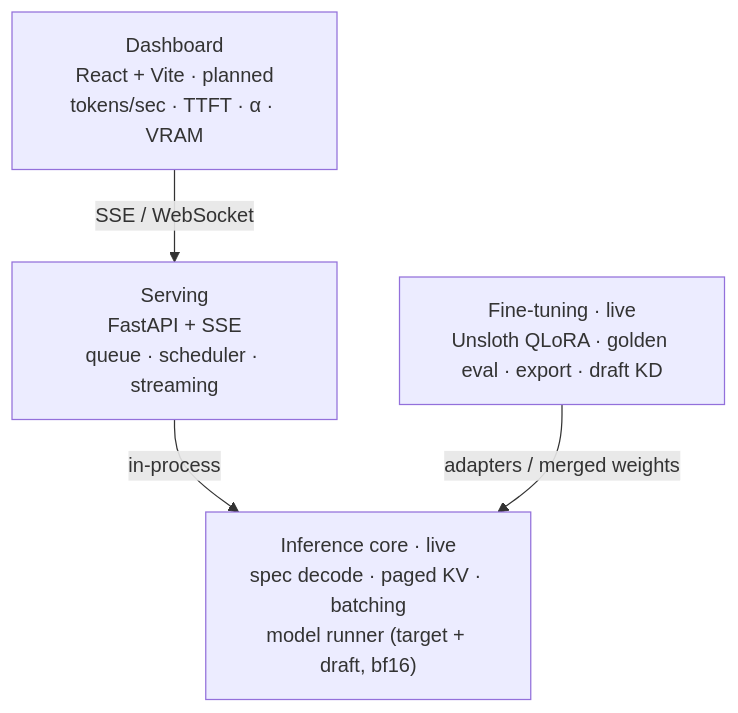
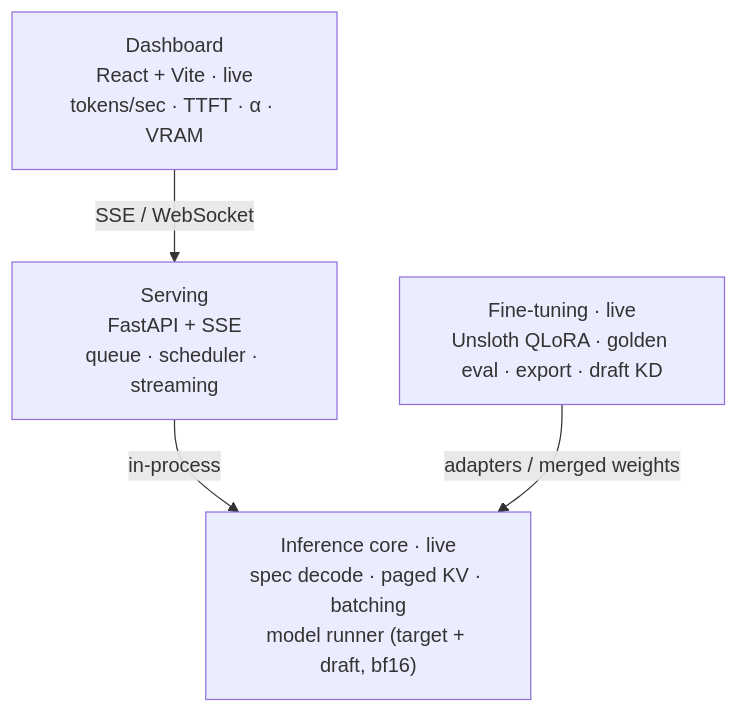
One commit to likhith-v1/inferd changed the diagram in README.md. Above: the diagram before and after it, drawn with Mermaid. The commit also changed other lines of this file and 10 other files, not shown here.

````diff
--- a/README.md
+++ b/README.md
@@ -54,11 +54,11 @@
 ```mermaid
 flowchart TB
-    dash["Dashboard<br/>React + Vite · planned<br/>tokens/sec · TTFT · α · VRAM"]
+    dash["Dashboard<br/>React + Vite · live<br/>tokens/sec · TTFT · α · VRAM"]
     serve["Serving<br/>FastAPI + SSE<br/>queue · scheduler · streaming"]
     core["Inference core · live<br/>spec decode · paged KV · batching<br/>model runner (target + draft, bf16)"]
     ft["Fine-tuning · live<br/>Unsloth QLoRA · golden eval · export · draft KD"]
 
     dash -->|SSE / WebSocket| serve
     serve -->|in-process| core
     ft -->|adapters / merged weights| core
 ```
````
